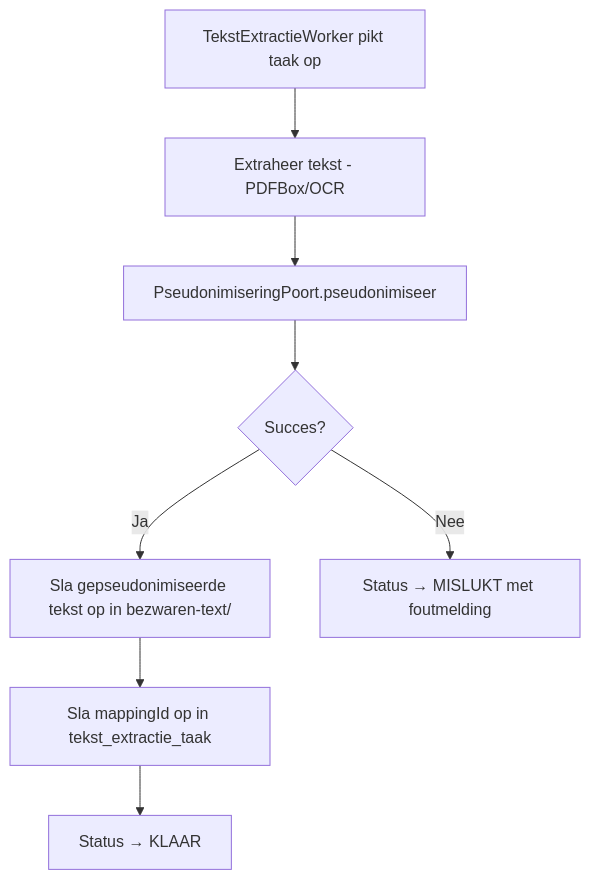
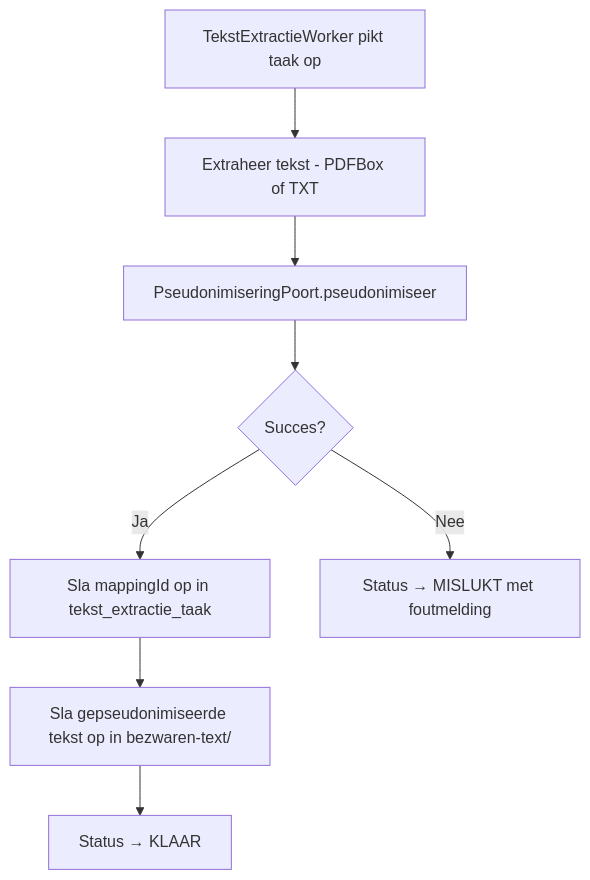
The diagram in docs/superpowers/specs/2026-03-11-obscuro-pseudonimisering-design.md (kevcraey/bezwaarschriften), drawn with Mermaid before and after one commit. The commit also changed other lines of this file, not shown here.

````diff
--- a/docs/superpowers/specs/2026-03-11-obscuro-pseudonimisering-design.md
+++ b/docs/superpowers/specs/2026-03-11-obscuro-pseudonimisering-design.md
@@ -116,10 +127,10 @@
 ```mermaid
 graph TD
-    A[TekstExtractieWorker pikt taak op] --> B[Extraheer tekst - PDFBox/OCR]
+    A[TekstExtractieWorker pikt taak op] --> B[Extraheer tekst - PDFBox of TXT]
     B --> C[PseudonimiseringPoort.pseudonimiseer]
     C --> D{Succes?}
-    D -->|Ja| E[Sla gepseudonimiseerde tekst op in bezwaren-text/]
-    E --> F[Sla mappingId op in tekst_extractie_taak]
+    D -->|Ja| E[Sla mappingId op in tekst_extractie_taak]
+    E --> F[Sla gepseudonimiseerde tekst op in bezwaren-text/]
     F --> G[Status → KLAAR]
     D -->|Nee| H[Status → MISLUKT met foutmelding]
 ```
````
